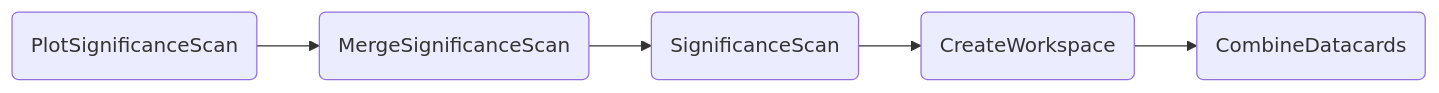
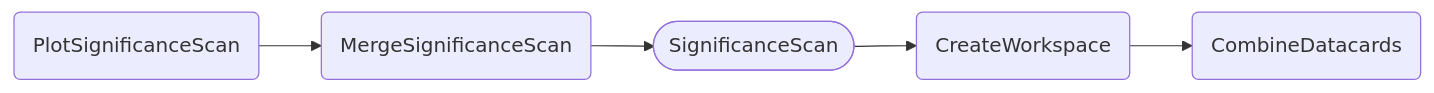
One commit to cms-hh/inference_tools changed the first of 2 diagrams in docs/content/tasks/significances.md. Above: the diagram before and after it, drawn with Mermaid. The commit also changed other lines of this file and 6 other files, not shown here.

Commit message:
Mark workflows in docs dependency graphs.

````diff
--- a/docs/content/tasks/significances.md
+++ b/docs/content/tasks/significances.md
@@ -26,7 +26,7 @@
 ```mermaid
 graph LR;
     A(PlotSignificanceScan) --> B(MergeSignificanceScan);
-    B --> C(SignificanceScan);
+    B --> C([SignificanceScan]);
     C --> D(CreateWorkspace);
     D --> E(CombineDatacards);
 ```
````
